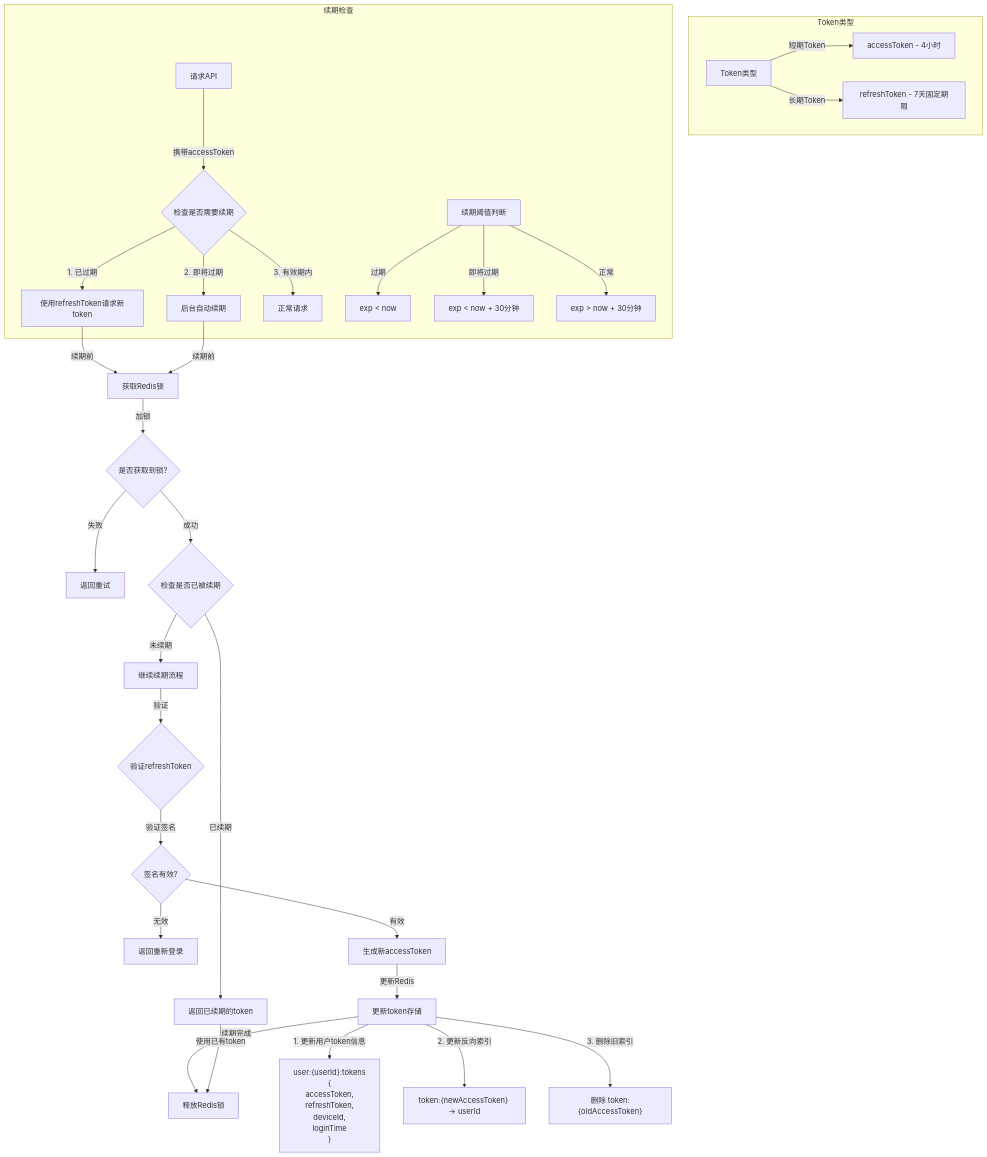
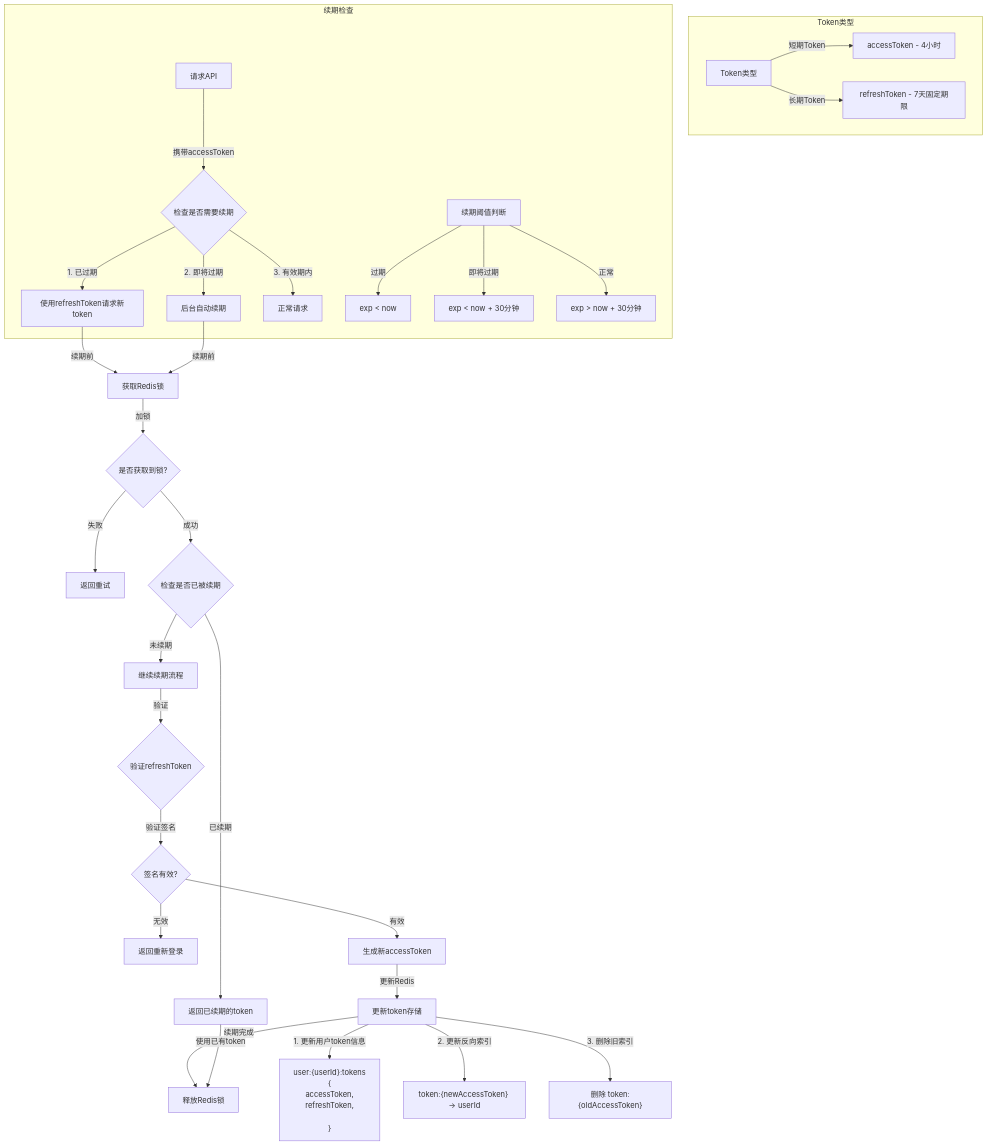
Before and after one commit to yingjianzh/iodraw-files: the diagram in all/考虑修改-15.md, drawn with Mermaid.

Commit message:
2025-01-03 09:44:06 update

````diff
--- a/all/考虑修改-15.md
+++ b/all/考虑修改-15.md
@@ -1,50 +1,49 @@
 ```mermaid
 flowchart TD
     subgraph Token类型
         A[Token类型] -->|短期Token| B[accessToken - 4小时]
         A -->|长期Token| C[refreshToken - 7天固定期限]
     end
 
     subgraph 续期检查
         F[请求API] -->|携带accessToken| G{检查是否需要续期}
         G -->|1. 已过期| H[使用refreshToken请求新token]
         G -->|2. 即将过期| I[后台自动续期]
         G -->|3. 有效期内| J[正常请求]
         
         %% 续期阈值判断
         K[续期阈值判断]
         K -->|过期| L[exp < now]
         K -->|即将过期| M[exp < now + 30分钟]
         K -->|正常| N[exp > now + 30分钟]
     end
 
     %% 并发控制和续期流程
     H & I -->|续期前| LC[获取Redis锁]
     LC -->|加锁| LD{是否获取到锁?}
     LD -->|失败| LE[返回重试]
     LD -->|成功| LF{检查是否已被续期}
     LF -->|已续期| LG[返回已续期的token]
     LF -->|未续期| LH[继续续期流程]   
 
     %% Token验证和生成
     LH -->|验证| O{验证refreshToken}
     O -->|验证签名| P{签名有效?}
     P -->|无效| Q1[返回重新登录]
     P -->|有效| V[生成新accessToken]
     
     %% Redis更新
     V -->|更新Redis| X[更新token存储]
     X -->|1. 更新用户token信息| Y["user:{userId}:tokens 
     {
         accessToken,
         refreshToken,
-        deviceId,
-        loginTime
+    
     }"]
     X -->|2. 更新反向索引| Z["token:{newAccessToken} -> userId"]
     X -->|3. 删除旧索引| AA["删除 token:{oldAccessToken}"]
 
     %% 释放锁
     X -->|续期完成| LI[释放Redis锁]
     LG -->|使用已有token| LI
 ```
````
